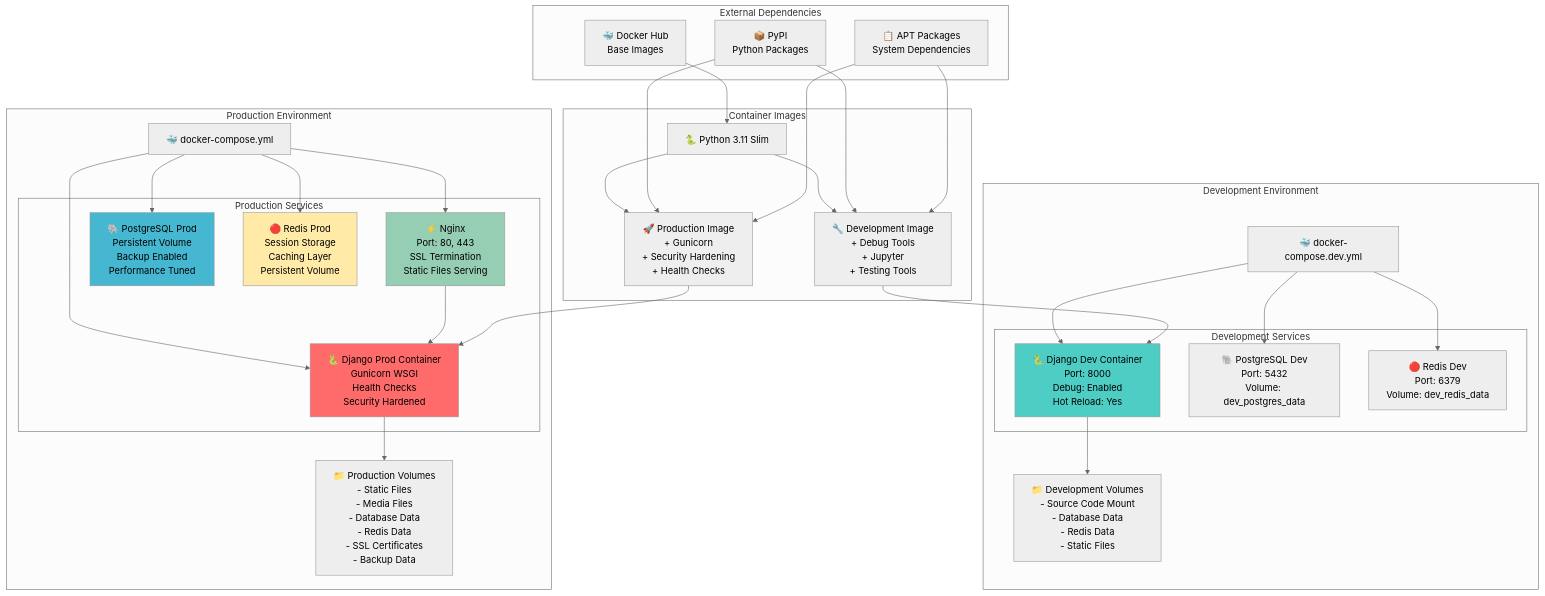
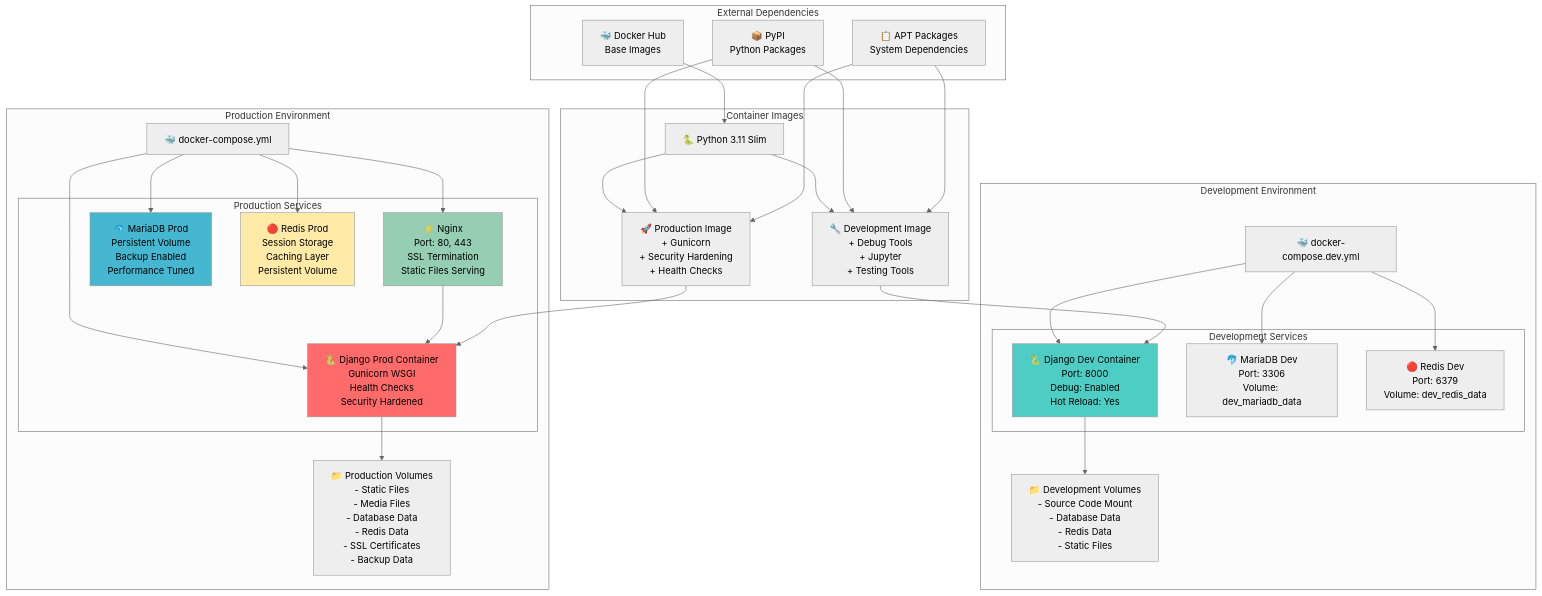
The seventh of 10 diagrams in doc/ARCHITECTURE_DIAGRAMS.md (wagnercateb/votebem), drawn with Mermaid (neutral theme) before and after one commit. The commit also changed other lines of this file and 33 other files, not shown here.

Commit message:
configura votebem com docker no WSL  usando MariaDB ao inves de MySQL

````diff
--- a/doc/ARCHITECTURE_DIAGRAMS.md
+++ b/doc/ARCHITECTURE_DIAGRAMS.md
@@ -440,68 +440,68 @@
 ```mermaid
 graph TB
     subgraph "Development Environment"
         DevCompose["🐳 docker-compose.dev.yml"]
         
         subgraph "Development Services"
             DevDjango["🐍 Django Dev Container<br/>Port: 8000<br/>Debug: Enabled<br/>Hot Reload: Yes"]
-            DevDB["🐘 PostgreSQL Dev<br/>Port: 5432<br/>Volume: dev_postgres_data"]
+DevDB["🐬 MariaDB Dev<br/>Port: 3306<br/>Volume: dev_mariadb_data"]
             DevRedis["🔴 Redis Dev<br/>Port: 6379<br/>Volume: dev_redis_data"]
         end
         
         DevVolumes["📁 Development Volumes<br/>- Source Code Mount<br/>- Database Data<br/>- Redis Data<br/>- Static Files"]
     end
     
     subgraph "Production Environment"
         ProdCompose["🐳 docker-compose.yml"]
         
         subgraph "Production Services"
             Nginx["⚡ Nginx<br/>Port: 80, 443<br/>SSL Termination<br/>Static Files Serving"]
             ProdDjango["🐍 Django Prod Container<br/>Gunicorn WSGI<br/>Health Checks<br/>Security Hardened"]
-            ProdDB["🐘 PostgreSQL Prod<br/>Persistent Volume<br/>Backup Enabled<br/>Performance Tuned"]
+ProdDB["🐬 MariaDB Prod<br/>Persistent Volume<br/>Backup Enabled<br/>Performance Tuned"]
             ProdRedis["🔴 Redis Prod<br/>Session Storage<br/>Caching Layer<br/>Persistent Volume"]
         end
         
         ProdVolumes["📁 Production Volumes<br/>- Static Files<br/>- Media Files<br/>- Database Data<br/>- Redis Data<br/>- SSL Certificates<br/>- Backup Data"]
     end
     
     subgraph "Container Images"
         BaseImage["🐍 Python 3.11 Slim"]
         DevImage["🔧 Development Image<br/>+ Debug Tools<br/>+ Jupyter<br/>+ Testing Tools"]
         ProdImage["🚀 Production Image<br/>+ Gunicorn<br/>+ Security Hardening<br/>+ Health Checks"]
     end
     
     subgraph "External Dependencies"
         DockerHub["🐳 Docker Hub<br/>Base Images"]
         PyPI["📦 PyPI<br/>Python Packages"]
         APT["📋 APT Packages<br/>System Dependencies"]
     end
     
     DevCompose --> DevDjango
     DevCompose --> DevDB
     DevCompose --> DevRedis
     DevDjango --> DevVolumes
     
     ProdCompose --> Nginx
     ProdCompose --> ProdDjango
     ProdCompose --> ProdDB
     ProdCompose --> ProdRedis
     Nginx --> ProdDjango
     ProdDjango --> ProdVolumes
     
     BaseImage --> DevImage
     BaseImage --> ProdImage
     DevImage --> DevDjango
     ProdImage --> ProdDjango
     
     DockerHub --> BaseImage
     PyPI --> DevImage
     PyPI --> ProdImage
     APT --> DevImage
     APT --> ProdImage
     
     style DevDjango fill:#4ECDC4
     style ProdDjango fill:#FF6B6B
     style Nginx fill:#96CEB4
     style ProdDB fill:#45B7D1
     style ProdRedis fill:#FFEAA7
 ```
````
